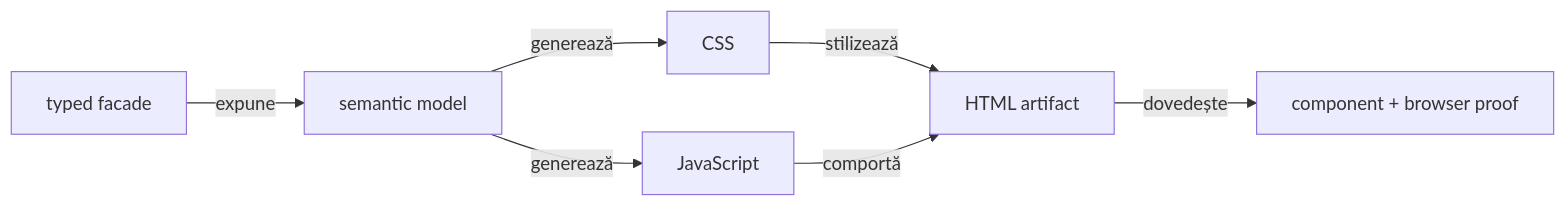
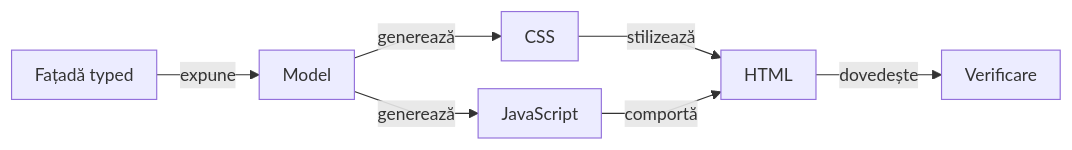
Before and after one commit to crististefanita/atf_j0: the second of 2 diagrams in docs/README_Atf_CodeBestPractices.md, drawn with Mermaid. The commit also changed other lines of this file and 97 other files, not shown here.

````diff
--- a/docs/README_Atf_CodeBestPractices.md
+++ b/docs/README_Atf_CodeBestPractices.md
@@ -252,9 +264,10 @@
 ```mermaid
+%%{init: {"themeVariables":{"fontSize":"15px"},"themeCSS":".nodeLabel, .nodeLabel p { font-size: 15px !important; line-height: 1.35 !important; } .edgeLabel, .edgeLabel p { font-size: 12px !important; font-weight: 400 !important; line-height: 1.2 !important; } .edgeLabel .labelBkg, .edgeLabel p { background: transparent !important; } .edgeLabel foreignObject { transform: translateY(-18px); overflow: visible; } .node rect { rx: 6px; ry: 6px; }","flowchart":{"curve":"linear","nodeSpacing":24,"rankSpacing":40,"padding":10,"diagramPadding":16}}}%%
 flowchart LR
-    JavaFacade[typed facade] -->|expune| Semantic[semantic model]
+    JavaFacade["Fațadă typed"] -->|expune| Semantic["Model"]
     Semantic -->|generează| Css[CSS]
     Semantic -->|generează| Js[JavaScript]
-    Css -->|stilizează| Html[HTML artifact]
+    Css -->|stilizează| Html["HTML"]
     Js -->|comportă| Html
-    Html -->|dovedește| Contract[component + browser proof]
+    Html -->|dovedește| Contract["Verificare"]
 ```
````
